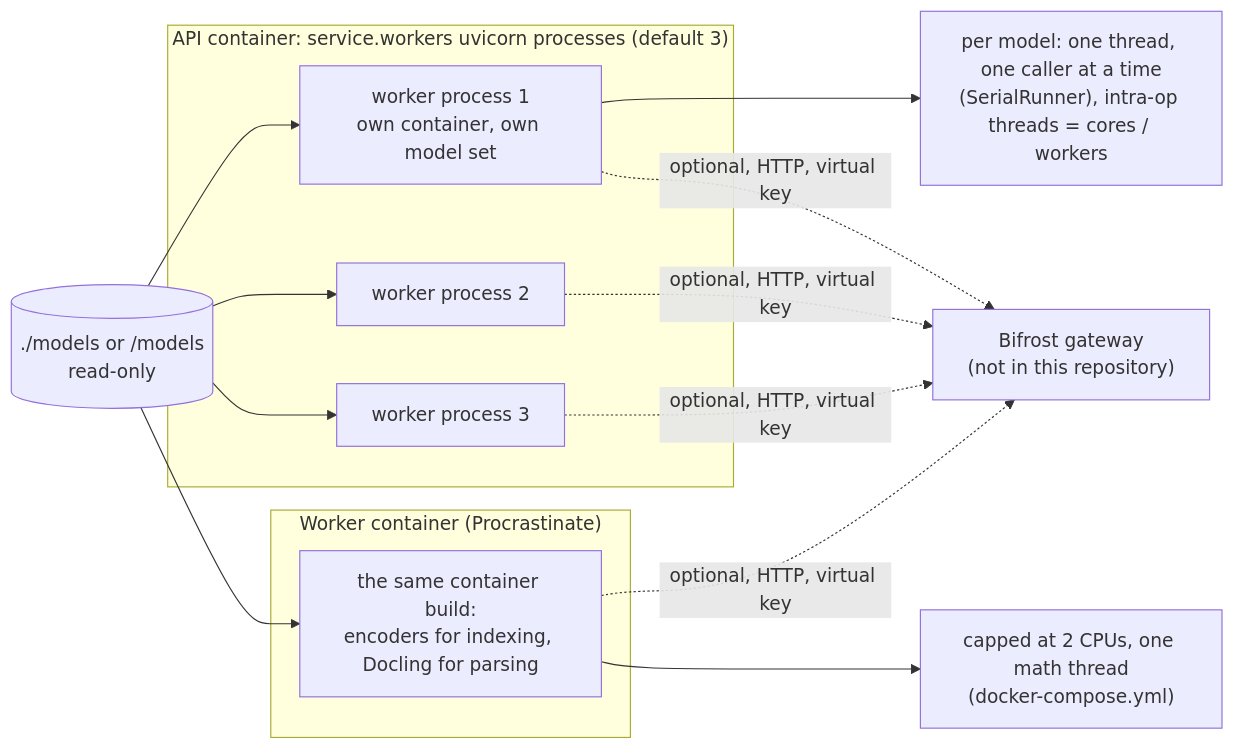
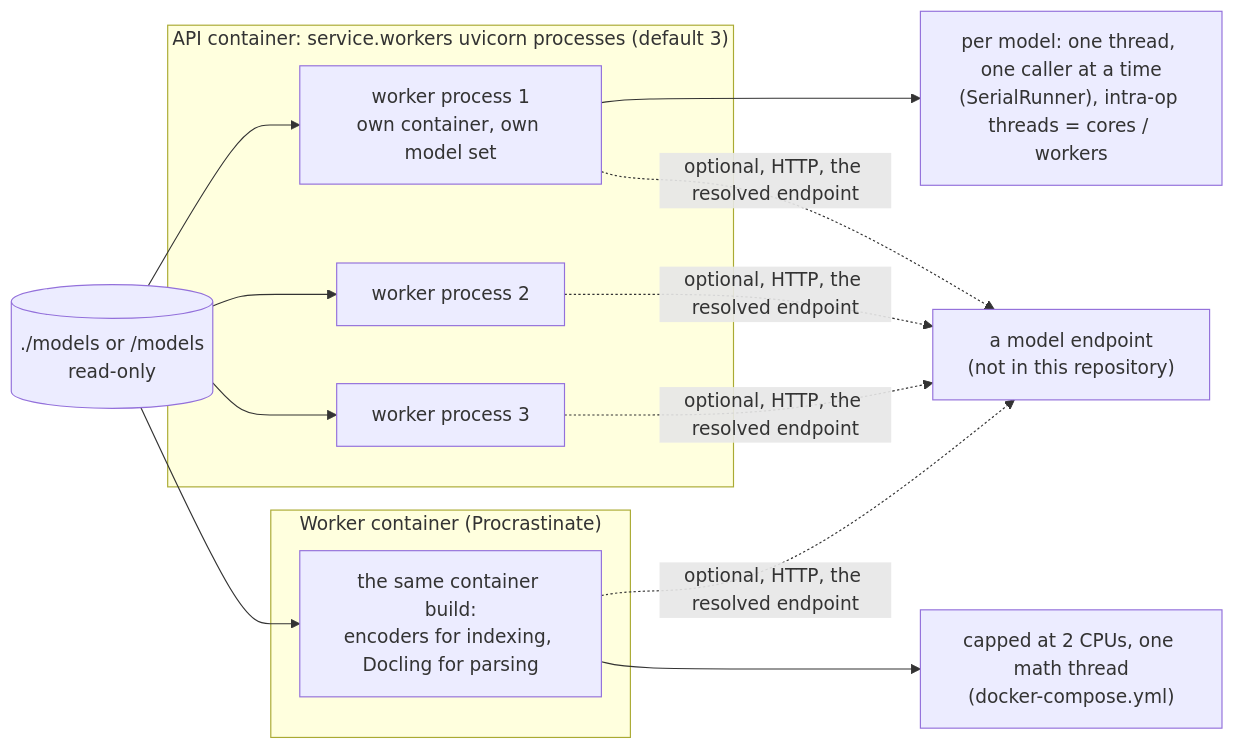
Before and after one commit to amitmohapatra/agent-memory-service: the first of 2 diagrams in docs/guide/08-models.md, drawn with Mermaid. The commit also changed other lines of this file and 105 other files, not shown here.

````diff
--- a/docs/guide/08-models.md
+++ b/docs/guide/08-models.md
@@ -61,15 +61,15 @@
 ```mermaid
 flowchart LR
   subgraph api["API container: service.workers uvicorn processes (default 3)"]
     W1["worker process 1<br/>own container, own model set"]
     W2["worker process 2"]
     W3["worker process 3"]
   end
   subgraph bg["Worker container (Procrastinate)"]
     J["the same container build:<br/>encoders for indexing, Docling for parsing"]
   end
   W1 --> R1["per model: one thread, one caller at a time<br/>(SerialRunner), intra-op threads = cores / workers"]
   J --> R2["capped at 2 CPUs, one math thread<br/>(docker-compose.yml)"]
   M[("./models or /models<br/>read-only")] --> W1 & W2 & W3 & J
-  W1 & W2 & W3 & J -. "optional, HTTP, virtual key" .-> GW["Bifrost gateway<br/>(not in this repository)"]
+  W1 & W2 & W3 & J -. "optional, HTTP, the resolved endpoint" .-> GW["a model endpoint<br/>(not in this repository)"]
 ```
````
